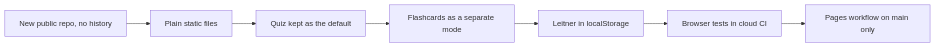
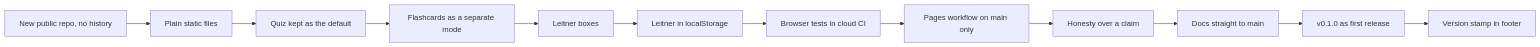
The diagram in DECISIONS.md (eminogrande/flugschein-training), drawn with Mermaid before and after one commit. The commit also changed other lines of this file and 5 other files, not shown here.

First line of the commit message:
docs: release v0.1.0 metadata, footer build stamp

````diff
--- a/DECISIONS.md
+++ b/DECISIONS.md
@@ -5,9 +5,14 @@
 ```mermaid
 flowchart LR
   D1[New public repo, no history] --> D2[Plain static files]
   D2 --> D3[Quiz kept as the default]
   D3 --> D4[Flashcards as a separate mode]
-  D4 --> D5[Leitner in localStorage]
-  D5 --> D6[Browser tests in cloud CI]
-  D6 --> D7[Pages workflow on main only]
+  D4 --> D5[Leitner boxes]
+  D5 --> D6[Leitner in localStorage]
+  D6 --> D7[Browser tests in cloud CI]
+  D7 --> D8[Pages workflow on main only]
+  D8 --> D9[Honesty over a claim]
+  D9 --> D10[Docs straight to main]
+  D10 --> D11[v0.1.0 as first release]
+  D11 --> D12[Version stamp in footer]
 ```
````
